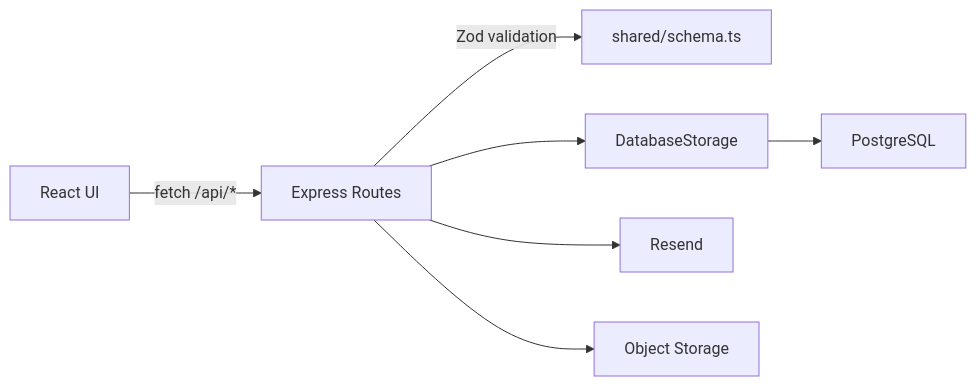
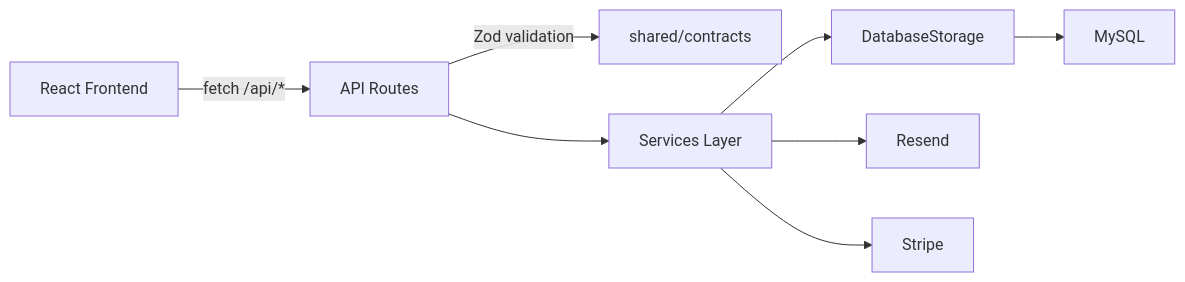
One commit to v4lente/Moto-detalhamento changed the diagram in .context/docs/data-flow.md. Above: the diagram before and after it, drawn with Mermaid. The commit also changed other lines of this file and 283 other files, not shown here.

````diff
--- a/.context/docs/data-flow.md
+++ b/.context/docs/data-flow.md
@@ -18,9 +37,10 @@
 ```mermaid
 flowchart LR
-  UI["React UI"] -->|"fetch /api/*"| API["Express Routes"]
-  API -->|"Zod validation"| Schema["shared/schema.ts"]
-  API --> Storage["DatabaseStorage"]
-  Storage --> DB["PostgreSQL"]
-  API --> Email["Resend"]
-  API --> ObjectStore["Object Storage"]
+  UI["React Frontend"] -->|"fetch /api/*"| Routes["API Routes"]
+  Routes -->|"Zod validation"| Contracts["shared/contracts"]
+  Routes --> Services["Services Layer"]
+  Services --> Storage["DatabaseStorage"]
+  Storage --> DB["MySQL"]
+  Services --> Email["Resend"]
+  Services --> Payments["Stripe"]
 ```
````
